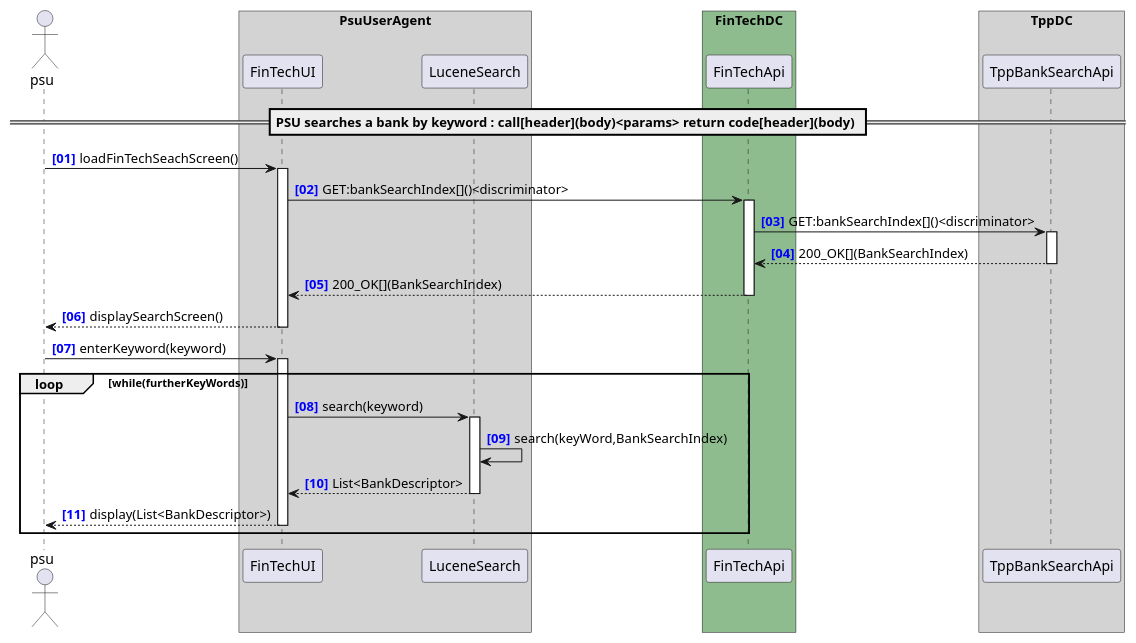
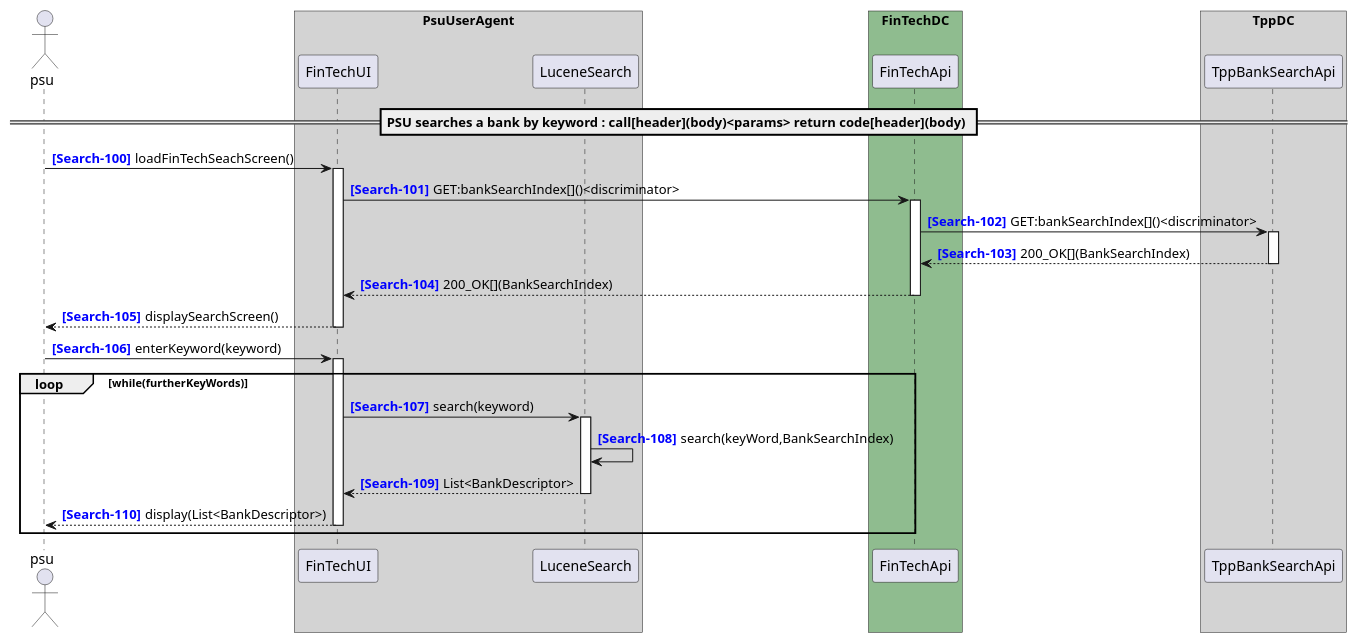
Before and after one commit to adorsys/open-banking-gateway: the diagram in docs/architecture/diagrams/useCases/2a-searchBankLocal.puml, drawn with PlantUML. The commit also changed 15 other files, not shown here.

```diff
--- a/docs/architecture/diagrams/useCases/2a-searchBankLocal.puml
+++ b/docs/architecture/diagrams/useCases/2a-searchBankLocal.puml
@@ -1,44 +1,44 @@
 @startuml
 
-autonumber "<b><color blue>[00]"
+autonumber 100 "<b><color blue>[Search-000]</color></b>"
 actor psu
 
 box "PsuUserAgent" #LightGray
     participant "FinTechUI" as FinTechUI
     participant "LuceneSearch" as LuceneSearch
     'participant "ConsentAuthorisationUI" as ConsentAuthorisationUI
     'participant "OnlineBankingUI" as OnlineBankingUI
 end box
 box "FinTechDC" #DarkSeaGreen
     participant "FinTechApi" as FinTechApi
 end box
 box "TppDC" #LightGray
     'participant "TppBankingApi" as TppBankingApi
     participant "TppBankSearchApi" as TppBankSearchApi
     'participant "ConsentAuthorisationApi" as ConsentAuthorisationApi
 
     'participant "RedirectSessionStoreApi" as RedirectSessionStoreApi
     'participant "BankingProtocolSelector" as BankingProtocolSelector
     'participant "BankingProtocol" as BankingProtocol
 end box
 box "AspspDC" #LightSkyBlue
 	'participant "AspspBankingApi" as AspspBankingApi
     'participant "OnlineBankingApi" as OnlineBankingApi
 end box
 
 == PSU searches a bank by keyword : call[header](body)<params> return code[header](body) ==
 
 psu -> FinTechUI ++ : loadFinTechSeachScreen()
 FinTechUI -> FinTechApi ++ : GET:bankSearchIndex[]()<discriminator>
 FinTechApi -> TppBankSearchApi ++ : GET:bankSearchIndex[]()<discriminator>
 return 200_OK[](BankSearchIndex)
 return 200_OK[](BankSearchIndex)
 return displaySearchScreen()
 psu -> FinTechUI ++ : enterKeyword(keyword)
 loop while(furtherKeyWords)
 FinTechUI -> LuceneSearch ++ : search(keyword)
 LuceneSearch -> LuceneSearch : search(keyWord,BankSearchIndex)
 return List<BankDescriptor>
 return display(List<BankDescriptor>)
 end
 @enduml
```
